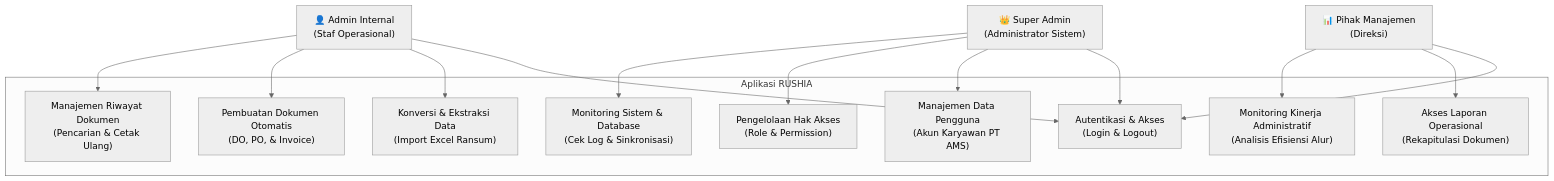
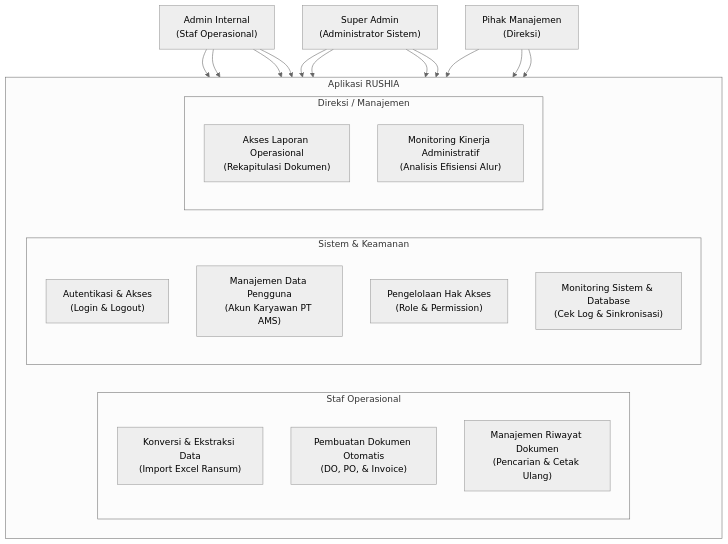
The diagram in use_case_diagram.md (CATSSRIN/RUSHIA), drawn with Mermaid (neutral theme) before and after one commit.

````diff
--- a/use_case_diagram.md
+++ b/use_case_diagram.md
@@ -11,41 +11,47 @@
 ```mermaid
 flowchart TB
     %% Definisi Aktor
-    Admin["👤 Admin Internal\n(Staf Operasional)"]
-    SuperAdmin["👑 Super Admin\n(Administrator Sistem)"]
-    Manajemen["📊 Pihak Manajemen\n(Direksi)"]
+    Admin["Admin Internal\n(Staf Operasional)"]
+    SuperAdmin["Super Admin\n(Administrator Sistem)"]
+    Manajemen["Pihak Manajemen\n(Direksi)"]
 
     subgraph Sistem RUSHIA ["Aplikasi RUSHIA"]
-        %% Use Case Bersama
-        UC_Auth["Autentikasi & Akses\n(Login & Logout)"]
+        direction LR
 
-        %% Use Case Admin Internal
-        UC_Import["Konversi & Ekstraksi Data\n(Import Excel Ransum)"]
-        UC_DocGen["Pembuatan Dokumen Otomatis\n(DO, PO, & Invoice)"]
-        UC_History["Manajemen Riwayat Dokumen\n(Pencarian & Cetak Ulang)"]
+        subgraph Col1 ["Staf Operasional"]
+            direction TB
+            UC_Import["Konversi & Ekstraksi Data\n(Import Excel Ransum)"]
+            UC_DocGen["Pembuatan Dokumen Otomatis\n(DO, PO, & Invoice)"]
+            UC_History["Manajemen Riwayat Dokumen\n(Pencarian & Cetak Ulang)"]
+        end
 
-        %% Use Case Super Admin
-        UC_UserManage["Manajemen Data Pengguna\n(Akun Karyawan PT AMS)"]
-        UC_RoleManage["Pengelolaan Hak Akses\n(Role & Permission)"]
-        UC_Monitoring["Monitoring Sistem & Database\n(Cek Log & Sinkronisasi)"]
+        subgraph Col2 ["Sistem & Keamanan"]
+            direction TB
+            UC_Auth["Autentikasi & Akses\n(Login & Logout)"]
+            UC_UserManage["Manajemen Data Pengguna\n(Akun Karyawan PT AMS)"]
+            UC_RoleManage["Pengelolaan Hak Akses\n(Role & Permission)"]
+            UC_Monitoring["Monitoring Sistem & Database\n(Cek Log & Sinkronisasi)"]
+        end
 
-        %% Use Case Manajemen
-        UC_Report["Akses Laporan Operasional\n(Rekapitulasi Dokumen)"]
-        UC_Performance["Monitoring Kinerja Administratif\n(Analisis Efisiensi Alur)"]
+        subgraph Col3 ["Direksi / Manajemen"]
+            direction TB
+            UC_Report["Akses Laporan Operasional\n(Rekapitulasi Dokumen)"]
+            UC_Performance["Monitoring Kinerja Administratif\n(Analisis Efisiensi Alur)"]
+        end
     end
 
     %% Hubungan Aktor ke Use Case
     Admin --> UC_Auth
     Admin --> UC_Import
     Admin --> UC_DocGen
     Admin --> UC_History
 
     SuperAdmin --> UC_Auth
     SuperAdmin --> UC_UserManage
     SuperAdmin --> UC_RoleManage
     SuperAdmin --> UC_Monitoring
 
     Manajemen --> UC_Auth
     Manajemen --> UC_Report
     Manajemen --> UC_Performance
 ```
````
